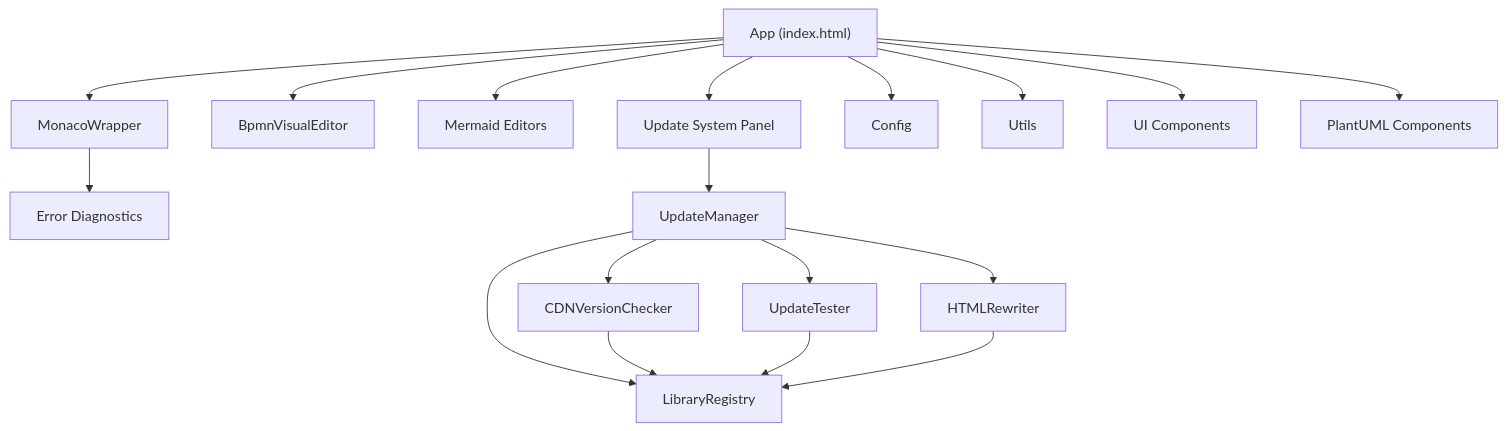
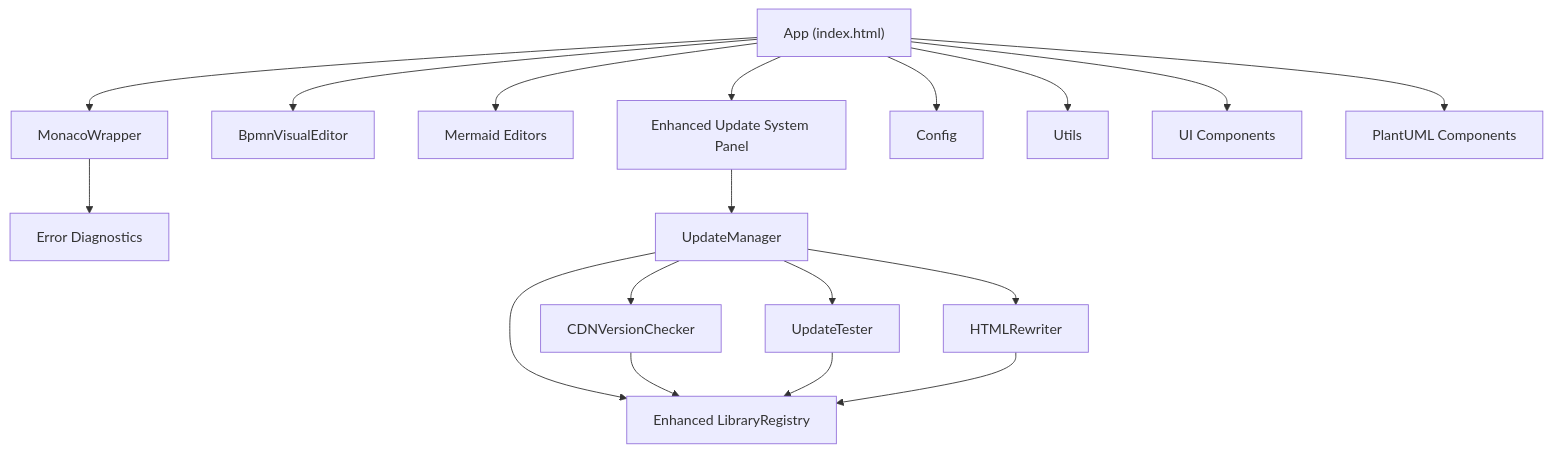
Before and after one commit to ongchonghian/universal-diagram-editor: diagram 13 of 13 in .qoder/repowiki/en/content/Advanced Features/Technical Implementations.md, drawn with Mermaid. The commit also changed other lines of this file and 66 other files, not shown here.

First line of the commit message:
refactor: modernize codebase with Vite build system and modular React architecture

````diff
--- a/.qoder/repowiki/en/content/Advanced Features/Technical Implementations.md
+++ b/.qoder/repowiki/en/content/Advanced Features/Technical Implementations.md
@@ -557,20 +599,20 @@
 ```mermaid
 graph TB
 App["App (index.html)"] --> MW["MonacoWrapper"]
 App --> BVE["BpmnVisualEditor"]
 App --> ME["Mermaid Editors"]
-App --> UPS["Update System Panel"]
+App --> UPS["Enhanced Update System Panel"]
 MW --> ED["Error Diagnostics"]
 UPS --> LM["UpdateManager"]
 LM --> CV["CDNVersionChecker"]
 LM --> UT["UpdateTester"]
 LM --> HR["HTMLRewriter"]
-LM --> LR["LibraryRegistry"]
+LM --> LR["Enhanced LibraryRegistry"]
 CV --> LR
 UT --> LR
 HR --> LR
 App --> CFG["Config"]
 App --> Utils["Utils"]
 App --> UI["UI Components"]
 App --> PU["PlantUML Components"]
 ```
````
